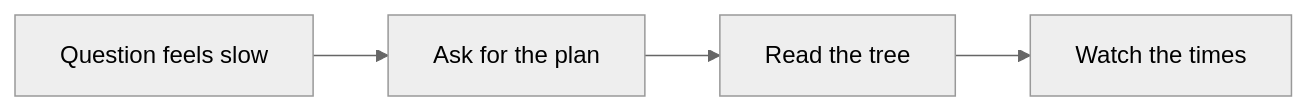
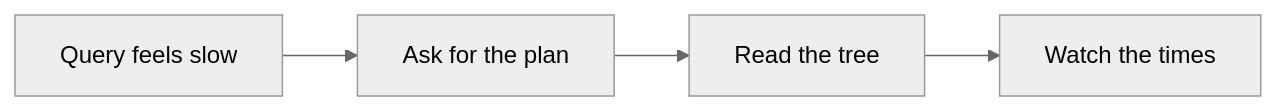
The first of 3 diagrams in _posts/2026-09-22-postgres-explain.md (vijaykumarjob0701/theintelliwise), drawn with Mermaid (neutral theme) before and after one commit. The commit also changed other lines of this file and 6 other files, not shown here.

````diff
--- a/_posts/2026-09-22-postgres-explain.md
+++ b/_posts/2026-09-22-postgres-explain.md
@@ -20,6 +20,6 @@
 ```mermaid
 flowchart LR
-  A[Question feels slow] --> B[Ask for the plan]
+  A[Query feels slow] --> B[Ask for the plan]
   B --> C[Read the tree]
   C --> D[Watch the times]
 ```
````
